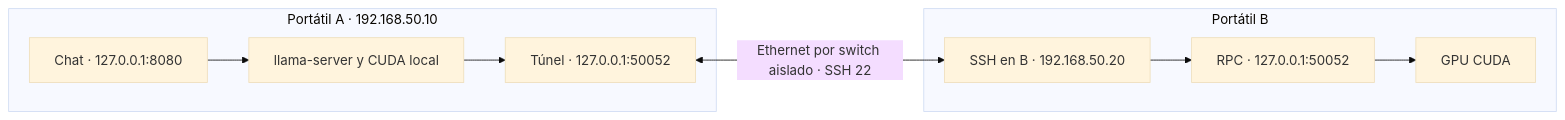
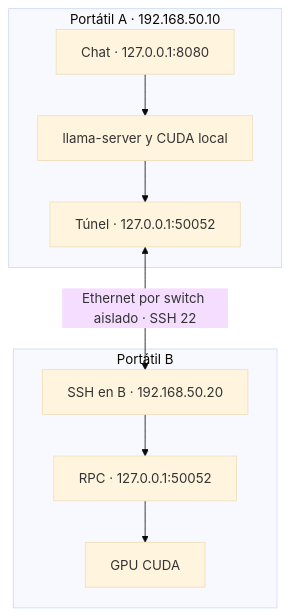
Before and after one commit to iesataulfoargentasor/cluster-llm-portatiles: the second of 2 diagrams in docs/03_arquitectura.md, drawn with Mermaid (base theme).

Commit message:
Evitar compresion horizontal en el esquema de conexiones

````diff
--- a/docs/03_arquitectura.md
+++ b/docs/03_arquitectura.md
@@ -35,12 +35,12 @@
 ```mermaid
-flowchart LR
+flowchart TD
     subgraph PA[Portátil A · 192.168.50.10]
         WEB[Chat · 127.0.0.1:8080] --> MODEL[llama-server y CUDA local]
         MODEL --> TA[Túnel · 127.0.0.1:50052]
     end
     TA <-->|Ethernet por switch aislado · SSH 22| SSH[SSH en B · 192.168.50.20]
     subgraph PB[Portátil B]
         SSH --> RPC[RPC · 127.0.0.1:50052]
         RPC --> GPU[GPU CUDA]
     end
 ```
````
